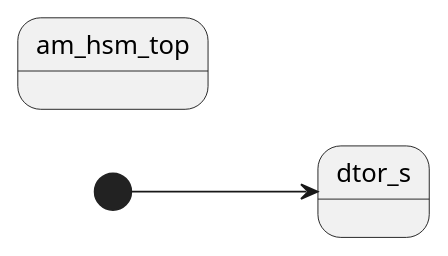
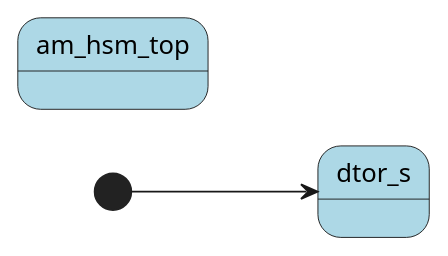
One commit to adel-mamin/amast changed the fifth of 6 diagrams in libs/hsm/README.rst. Above: the diagram before and after it, drawn with PlantUML. The commit also changed other lines of this file and 3 other files, not shown here.

```diff
--- a/libs/hsm/README.rst
+++ b/libs/hsm/README.rst
@@ -638,13 +646,13 @@
 .. uml::
 
    @startuml
 
    left to right direction
 
    [*] --> dtor_s
 
-   state am_hsm_top {
-       state dtor_s
+   state am_hsm_top #LightBlue {
+       state dtor_s #LightBlue
    }
 
    @enduml
```
